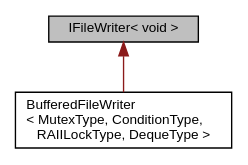
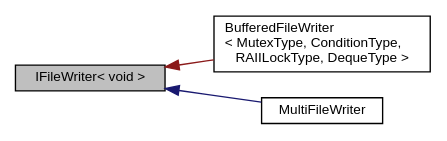
Before and after one commit to akukhta/ki: the diagram in classIFileWriter_3_01void_01_4__inherit__graph.dot, drawn with Graphviz. The commit also changed 85 other files, not shown here.

```diff
--- a/classIFileWriter_3_01void_01_4__inherit__graph.dot
+++ b/classIFileWriter_3_01void_01_4__inherit__graph.dot
@@ -1,9 +1,12 @@
 digraph "IFileWriter&lt; void &gt;"
 {
  // LATEX_PDF_SIZE
   edge [fontname="Helvetica",fontsize="10",labelfontname="Helvetica",labelfontsize="10"];
   node [fontname="Helvetica",fontsize="10",shape=record];
+  rankdir="LR";
   Node1 [label="IFileWriter\< void \>",height=0.2,width=0.4,color="black", fillcolor="grey75", style="filled", fontcolor="black",tooltip=" "];
   Node1 -> Node2 [dir="back",color="firebrick4",fontsize="10",style="solid",fontname="Helvetica"];
   Node2 [label="BufferedFileWriter\l\< MutexType, ConditionType,\l RAIILockType, DequeType \>",height=0.2,width=0.4,color="black", fillcolor="white", style="filled",URL="$classBufferedFileWriter.html",tooltip=" "];
+  Node1 -> Node3 [dir="back",color="midnightblue",fontsize="10",style="solid",fontname="Helvetica"];
+  Node3 [label="MultiFileWriter",height=0.2,width=0.4,color="black", fillcolor="white", style="filled",URL="$classMultiFileWriter.html",tooltip=" "];
 }
```
